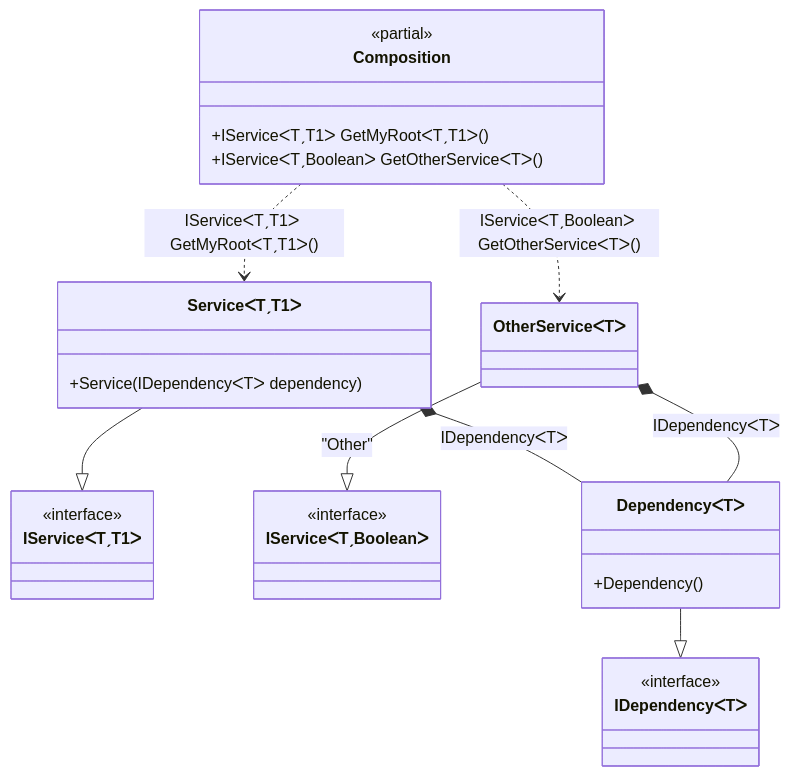
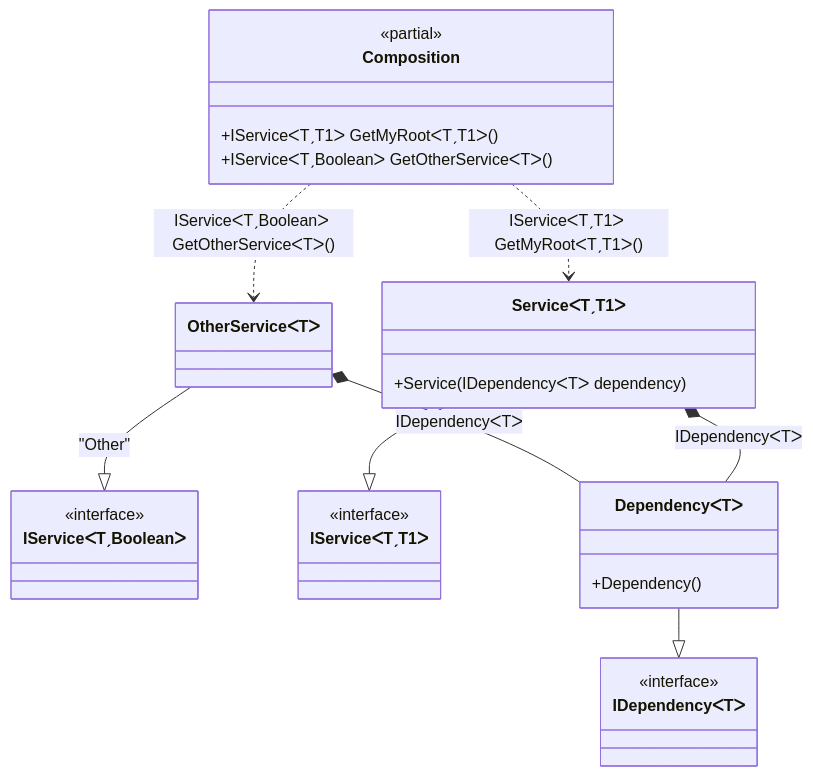
Before and after one commit to DevTeam/Pure.DI: the diagram in readme/generic-composition-roots-with-constraints.md, drawn with Mermaid. The commit also changed other lines of this file and 90 other files, not shown here.

````diff
--- a/readme/generic-composition-roots-with-constraints.md
+++ b/readme/generic-composition-roots-with-constraints.md
@@ -102,31 +102,31 @@
 ```mermaid
 classDiagram
 	class Composition {
 		<<partial>>
 		+IServiceᐸTˏT1ᐳ GetMyRootᐸTˏT1ᐳ()
 		+IServiceᐸTˏBooleanᐳ GetOtherServiceᐸTᐳ()
 	}
+	OtherServiceᐸTᐳ --|> IServiceᐸTˏBooleanᐳ : "Other" 
+	class OtherServiceᐸTᐳ
 	ServiceᐸTˏT1ᐳ --|> IServiceᐸTˏT1ᐳ
 	class ServiceᐸTˏT1ᐳ {
 		+Service(IDependencyᐸTᐳ dependency)
 	}
-	OtherServiceᐸTᐳ --|> IServiceᐸTˏBooleanᐳ : "Other" 
-	class OtherServiceᐸTᐳ
 	DependencyᐸTᐳ --|> IDependencyᐸTᐳ
 	class DependencyᐸTᐳ {
 		+Dependency()
 	}
-	class IServiceᐸTˏT1ᐳ {
+	class IServiceᐸTˏBooleanᐳ {
 		<<interface>>
 	}
-	class IServiceᐸTˏBooleanᐳ {
+	class IServiceᐸTˏT1ᐳ {
 		<<interface>>
 	}
 	class IDependencyᐸTᐳ {
 		<<interface>>
 	}
+	Composition ..> OtherServiceᐸTᐳ : IServiceᐸTˏBooleanᐳ GetOtherServiceᐸTᐳ()
 	Composition ..> ServiceᐸTˏT1ᐳ : IServiceᐸTˏT1ᐳ GetMyRootᐸTˏT1ᐳ()
-	Composition ..> OtherServiceᐸTᐳ : IServiceᐸTˏBooleanᐳ GetOtherServiceᐸTᐳ()
+	OtherServiceᐸTᐳ *--  DependencyᐸTᐳ : IDependencyᐸTᐳ
 	ServiceᐸTˏT1ᐳ *--  DependencyᐸTᐳ : IDependencyᐸTᐳ
-	OtherServiceᐸTᐳ *--  DependencyᐸTᐳ : IDependencyᐸTᐳ
 ```
````
